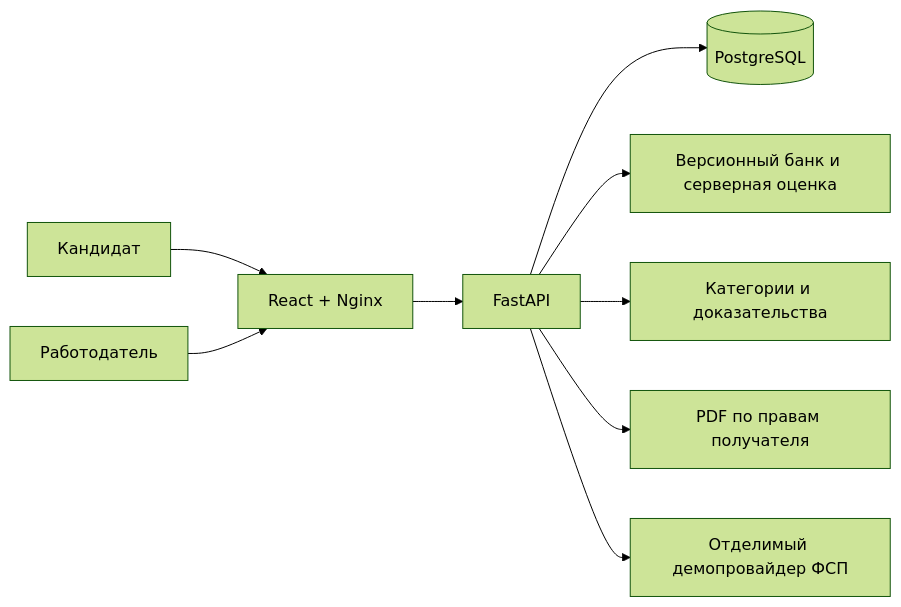
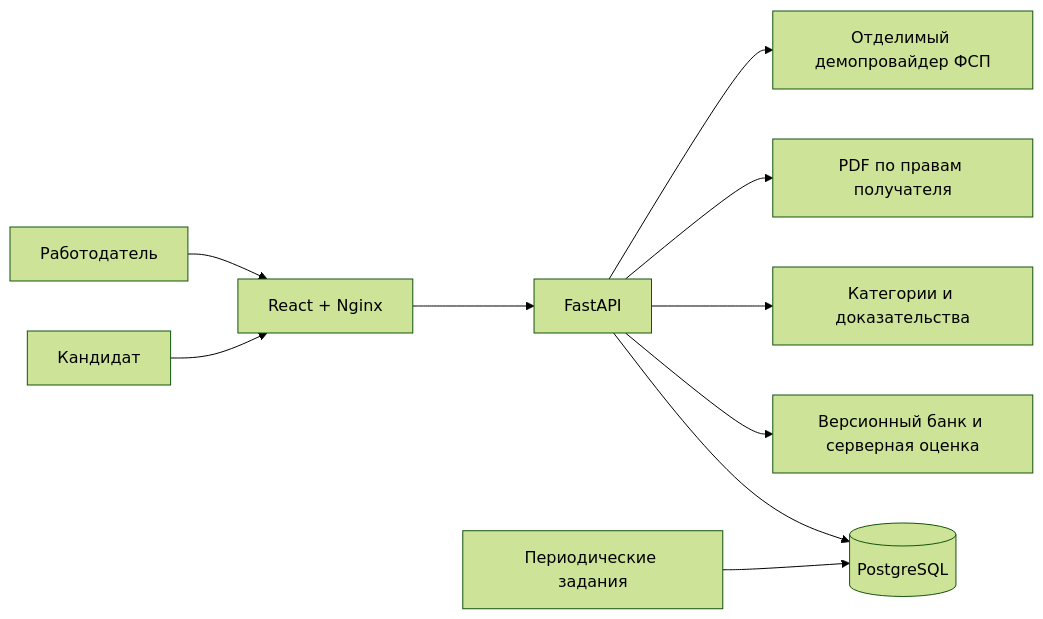
The diagram in docs/delivery/ARCHITECTURE.md (ImmortalDR/CV_hakaton), drawn with Mermaid (forest theme) before and after one commit. The commit also changed other lines of this file and 60 other files, not shown here.

````diff
--- a/docs/delivery/ARCHITECTURE.md
+++ b/docs/delivery/ARCHITECTURE.md
@@ -9,11 +9,12 @@
 ```mermaid
 flowchart LR
     Candidate[Кандидат] --> Web[React + Nginx]
     Employer[Работодатель] --> Web
     Web --> API[FastAPI]
     API --> DB[(PostgreSQL)]
     API --> Bank[Версионный банк и серверная оценка]
     API --> Match[Категории и доказательства]
     API --> PDF[PDF по правам получателя]
     API --> Demo[Отделимый демопровайдер ФСП]
+    Worker[Периодические задания] --> DB
 ```
````
